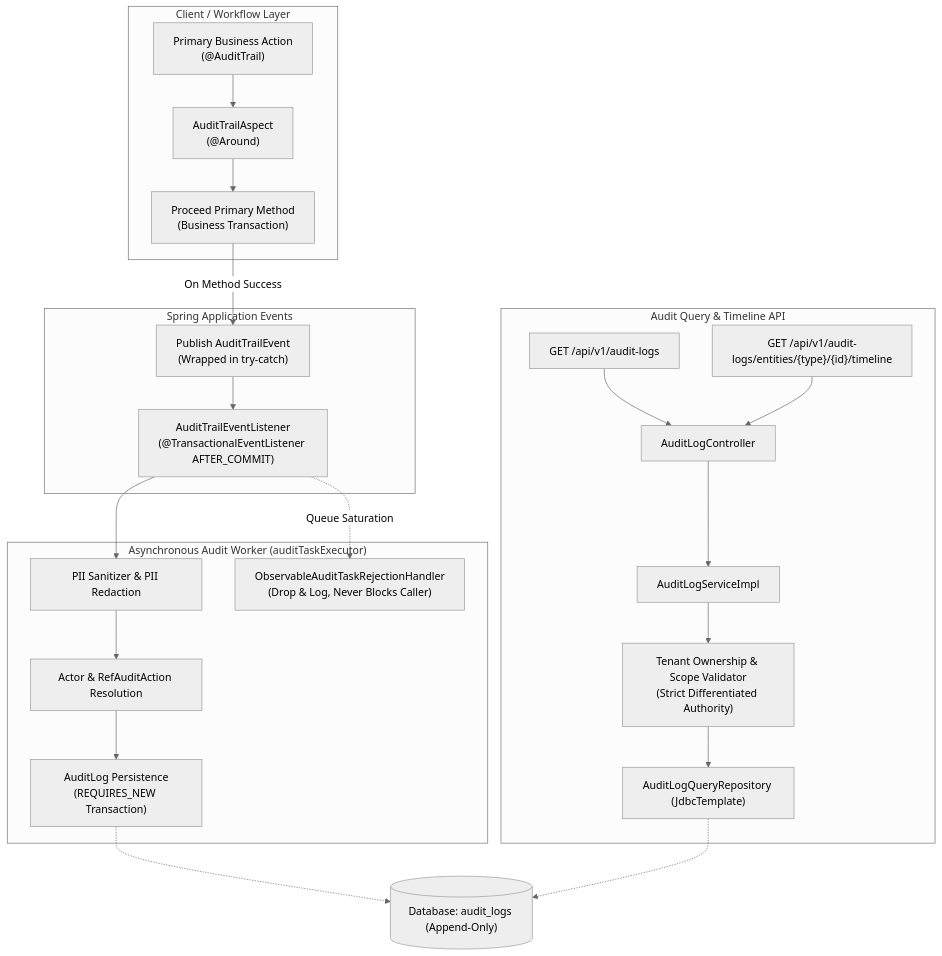
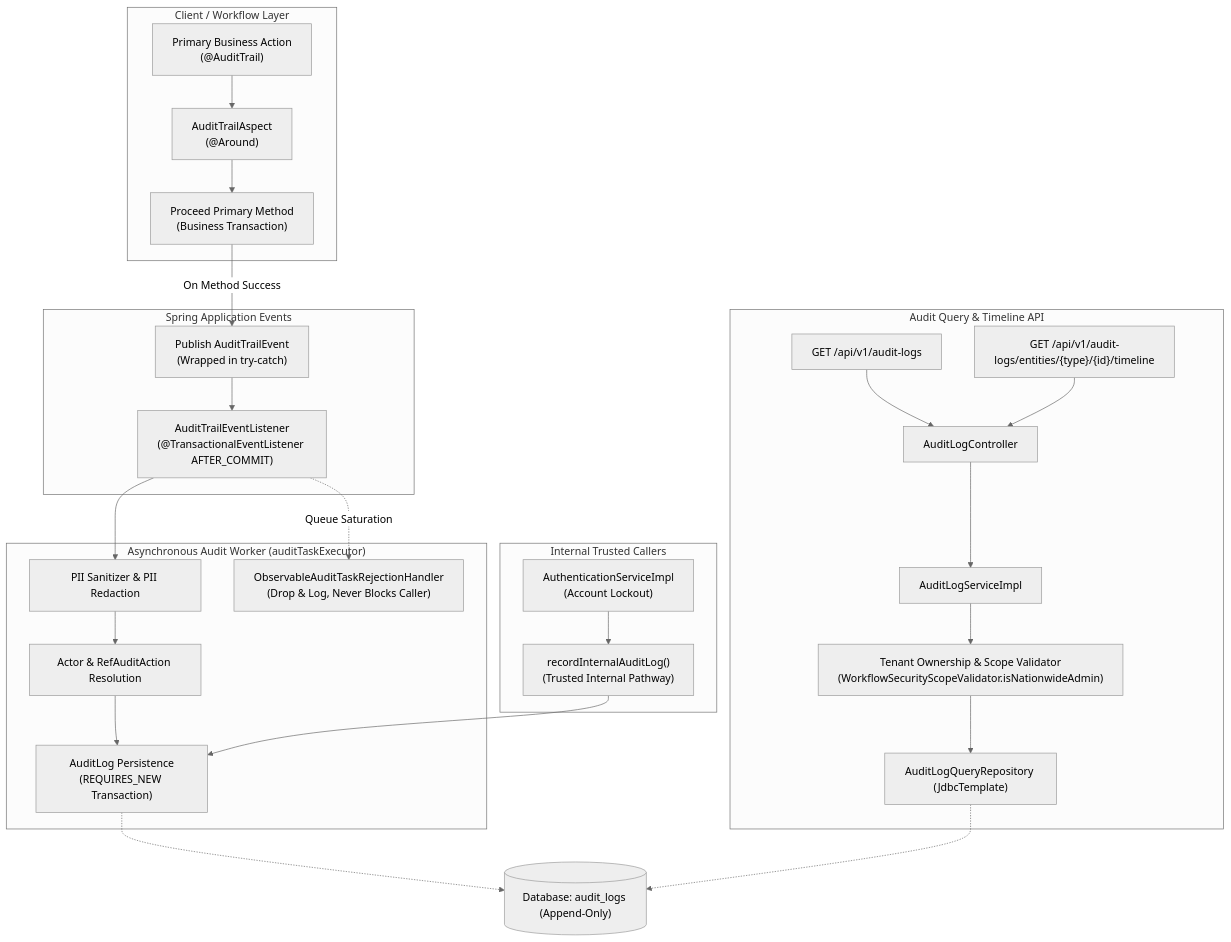
One commit to Strange01946/SIH-26135 changed the diagram in phase-28-2-automated-audit-trail-interception-immutability-entity-timeline-api-report.md. Above: the diagram before and after it, drawn with Mermaid (neutral theme). The commit also changed other lines of this file and 4 other files, not shown here.

````diff
--- a/phase-28-2-automated-audit-trail-interception-immutability-entity-timeline-api-report.md
+++ b/phase-28-2-automated-audit-trail-interception-immutability-entity-timeline-api-report.md
@@ -25,30 +29,35 @@
 ```mermaid
 flowchart TD
     subgraph Client ["Client / Workflow Layer"]
         A["Primary Business Action<br/>(@AuditTrail)"] --> B["AuditTrailAspect<br/>(@Around)"]
         B --> C["Proceed Primary Method<br/>(Business Transaction)"]
     end
 
     subgraph Events ["Spring Application Events"]
         C -- "On Method Success" --> D["Publish AuditTrailEvent<br/>(Wrapped in try-catch)"]
         D --> E["AuditTrailEventListener<br/>(@TransactionalEventListener AFTER_COMMIT)"]
     end
 
     subgraph AsyncWorker ["Asynchronous Audit Worker (auditTaskExecutor)"]
         E --> F["PII Sanitizer & PII Redaction"]
         F --> G["Actor & RefAuditAction Resolution"]
         G --> H["AuditLog Persistence<br/>(REQUIRES_NEW Transaction)"]
         E -. "Queue Saturation" .-> R["ObservableAuditTaskRejectionHandler<br/>(Drop & Log, Never Blocks Caller)"]
     end
 
+    subgraph InternalServices ["Internal Trusted Callers"]
+        S["AuthenticationServiceImpl<br/>(Account Lockout)"] --> T["recordInternalAuditLog()<br/>(Trusted Internal Pathway)"]
+        T --> H
+    end
+
     subgraph QueryLayer ["Audit Query & Timeline API"]
         I["GET /api/v1/audit-logs"] --> J["AuditLogController"]
         K["GET /api/v1/audit-logs/entities/{type}/{id}/timeline"] --> J
         J --> L["AuditLogServiceImpl"]
-        L --> M["Tenant Ownership & Scope Validator<br/>(Strict Differentiated Authority)"]
+        L --> M["Tenant Ownership & Scope Validator<br/>(WorkflowSecurityScopeValidator.isNationwideAdmin)"]
         M --> N["AuditLogQueryRepository (JdbcTemplate)"]
     end
 
     H -.-> O[("Database: audit_logs (Append-Only)")]
     N -.-> O
 ```
````
